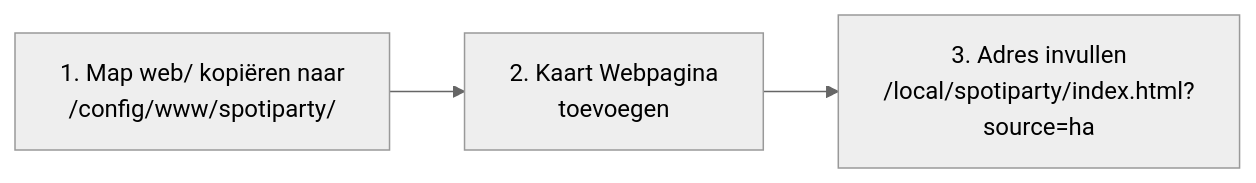
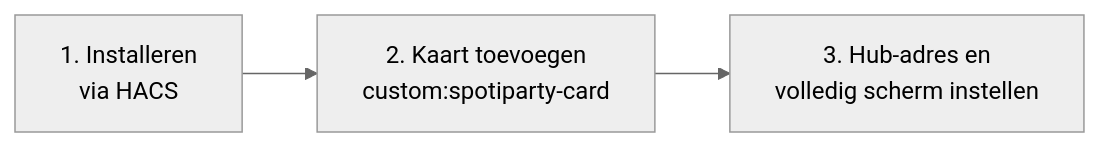
Before and after one commit to CodeAura/SpotiParty: the diagram in docs/home-assistant/README.md, drawn with Mermaid (neutral theme). The commit also changed other lines of this file and 6 other files, not shown here.

First line of the commit message:
docs: Home Assistant pages rewritten for HACS, the one-file card and the Hub

````diff
--- a/docs/home-assistant/README.md
+++ b/docs/home-assistant/README.md
@@ -20,5 +20,5 @@
 ```mermaid
 flowchart LR
-    A[1. Map web/ kopiëren naar<br/>/config/www/spotiparty/] --> B[2. Kaart Webpagina<br/>toevoegen]
-    B --> C[3. Adres invullen<br/>/local/spotiparty/index.html?source=ha]
+    A[1. Installeren<br/>via HACS] --> B[2. Kaart toevoegen<br/>custom:spotiparty-card]
+    B --> C[3. Hub-adres en<br/>volledig scherm instellen]
 ```
````
